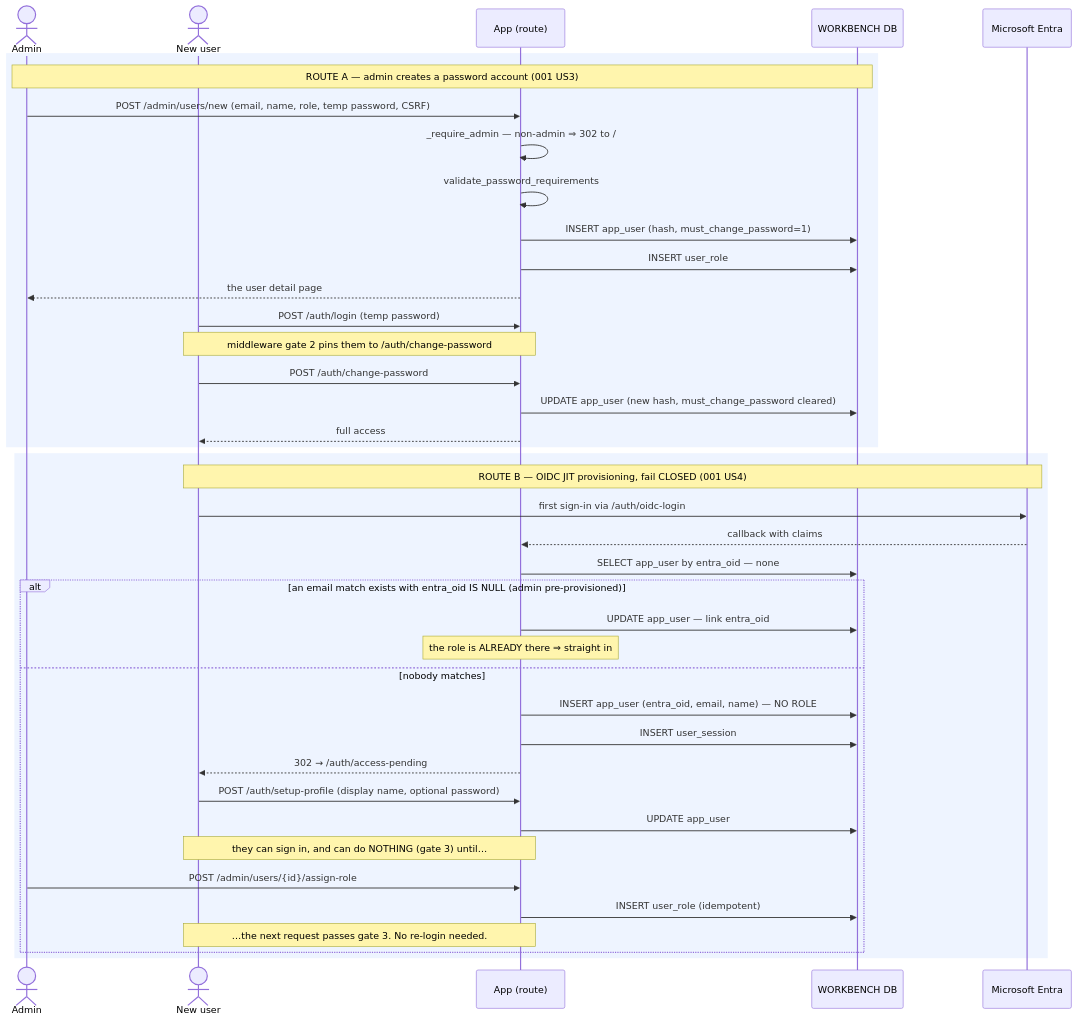
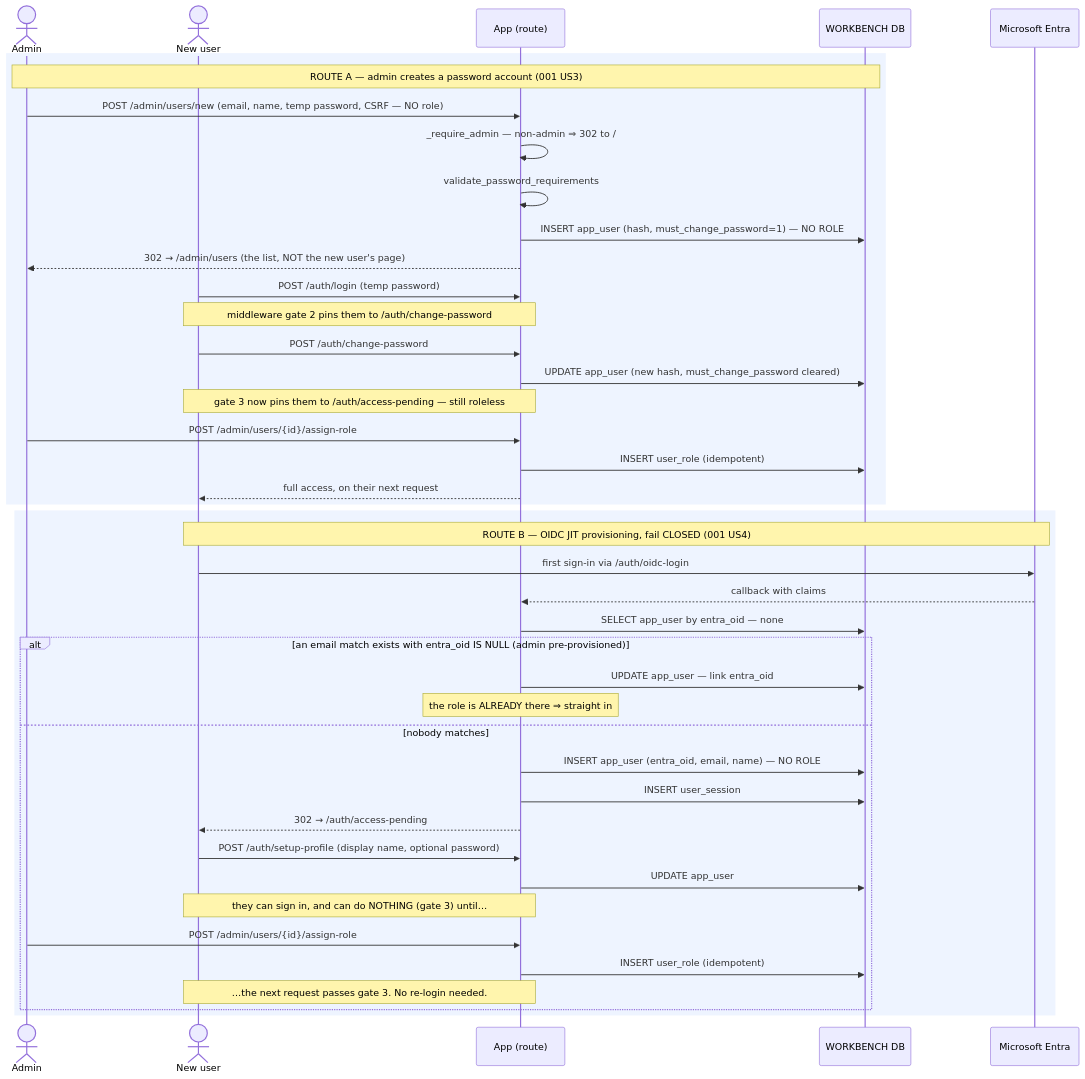
The first of 2 diagrams in docs/sequence_diagrams/auth/user_administration.md (anilvenugopal/risk-workbench), drawn with Mermaid before and after one commit. The commit also changed other lines of this file and 5 other files, not shown here.

Commit message:
Update sequence diagrams after review

````diff
--- a/docs/sequence_diagrams/auth/user_administration.md
+++ b/docs/sequence_diagrams/auth/user_administration.md
@@ -37,44 +36,46 @@
 ```mermaid
 sequenceDiagram
     actor Admin
     actor NewUser as New user
     participant App as App (route)
     participant DB as WORKBENCH DB
     participant IdP as Microsoft Entra
 
     rect rgb(238,244,255)
         Note over Admin,DB: ROUTE A — admin creates a password account (001 US3)
-        Admin->>App: POST /admin/users/new (email, name, role, temp password, CSRF)
+        Admin->>App: POST /admin/users/new (email, name, temp password, CSRF — NO role)
         App->>App: _require_admin — non-admin ⇒ 302 to /
         App->>App: validate_password_requirements
-        App->>DB: INSERT app_user (hash, must_change_password=1)
-        App->>DB: INSERT user_role
-        App-->>Admin: the user detail page
+        App->>DB: INSERT app_user (hash, must_change_password=1) — NO ROLE
+        App-->>Admin: 302 → /admin/users (the list, NOT the new user's page)
         NewUser->>App: POST /auth/login (temp password)
         Note over NewUser,App: middleware gate 2 pins them to /auth/change-password
         NewUser->>App: POST /auth/change-password
         App->>DB: UPDATE app_user (new hash, must_change_password cleared)
-        App-->>NewUser: full access
+        Note over NewUser,App: gate 3 now pins them to /auth/access-pending — still roleless
+        Admin->>App: POST /admin/users/{id}/assign-role
+        App->>DB: INSERT user_role (idempotent)
+        App-->>NewUser: full access, on their next request
     end
 
     rect rgb(238,244,255)
         Note over NewUser,IdP: ROUTE B — OIDC JIT provisioning, fail CLOSED (001 US4)
         NewUser->>IdP: first sign-in via /auth/oidc-login
         IdP-->>App: callback with claims
         App->>DB: SELECT app_user by entra_oid — none
         alt an email match exists with entra_oid IS NULL (admin pre-provisioned)
             App->>DB: UPDATE app_user — link entra_oid
             Note over App: the role is ALREADY there ⇒ straight in
         else nobody matches
             App->>DB: INSERT app_user (entra_oid, email, name) — NO ROLE
             App->>DB: INSERT user_session
             App-->>NewUser: 302 → /auth/access-pending
             NewUser->>App: POST /auth/setup-profile (display name, optional password)
             App->>DB: UPDATE app_user
             Note over NewUser,App: they can sign in, and can do NOTHING (gate 3) until…
             Admin->>App: POST /admin/users/{id}/assign-role
             App->>DB: INSERT user_role (idempotent)
             Note over NewUser,App: …the next request passes gate 3. No re-login needed.
         end
     end
 ```
````
